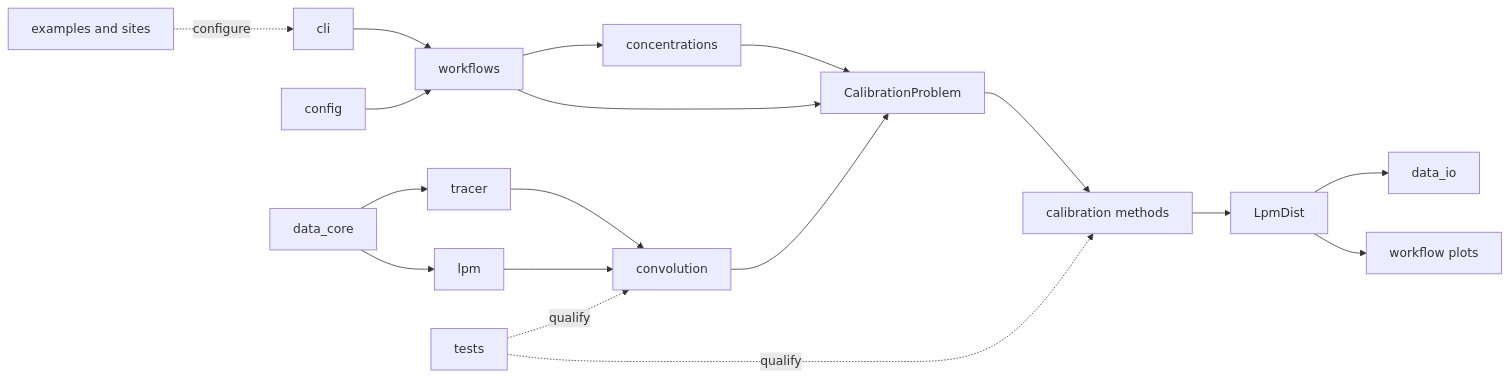
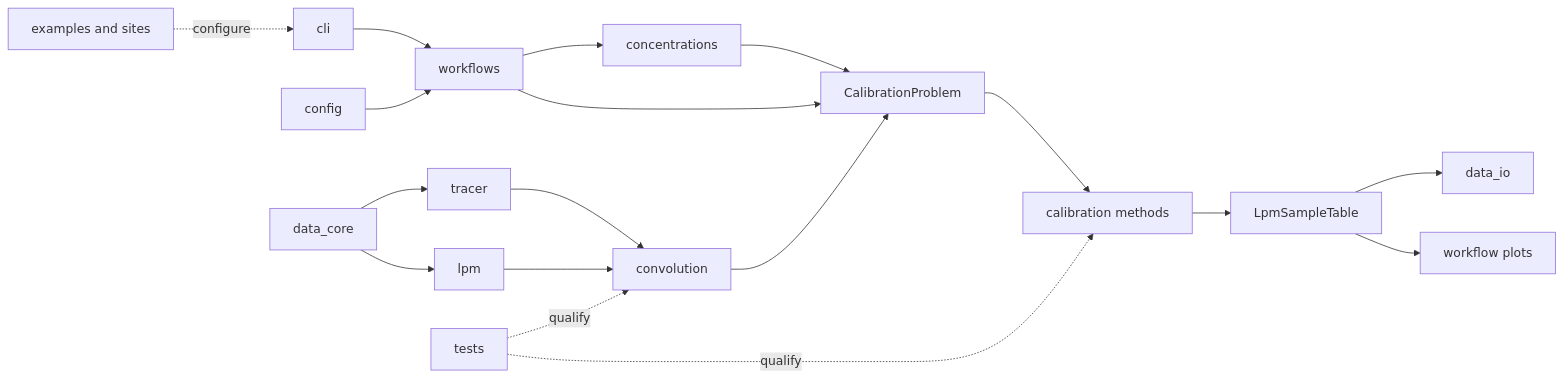
The first of 2 diagrams in docs/architecture.md (dreuzy/PyAges), drawn with Mermaid before and after one commit. The commit also changed other lines of this file and 603 other files, not shown here.

````diff
--- a/docs/architecture.md
+++ b/docs/architecture.md
@@ -96,23 +96,23 @@
 ```{mermaid}
 flowchart LR
   DATA[data_core] --> TRACER[tracer]
   DATA --> LPM[lpm]
 
   CLI[cli] --> WF[workflows]
   CONFIG[config] --> WF
   CONC[concentrations] --> PROBLEM[CalibrationProblem]
   WF --> CONC
   WF --> PROBLEM
 
   TRACER --> CONV[convolution]
   LPM --> CONV
   CONV --> PROBLEM
   PROBLEM --> METHODS[calibration methods]
-  METHODS --> RESULT[LpmDist]
+  METHODS --> RESULT[LpmSampleTable]
   RESULT --> IO[data_io]
   RESULT --> PLOTS[workflow plots]
 
   EXAMPLES[examples and sites] -. configure .-> CLI
   TESTS[tests] -. qualify .-> CONV
   TESTS -. qualify .-> METHODS
 ```
````
